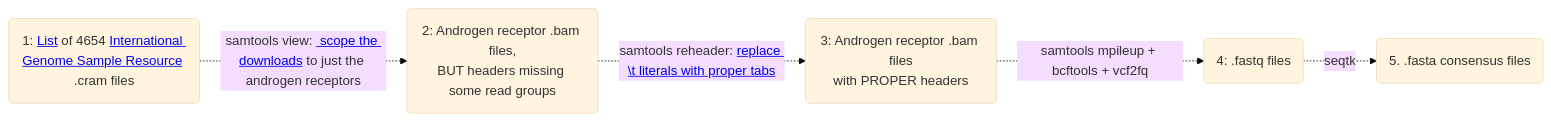
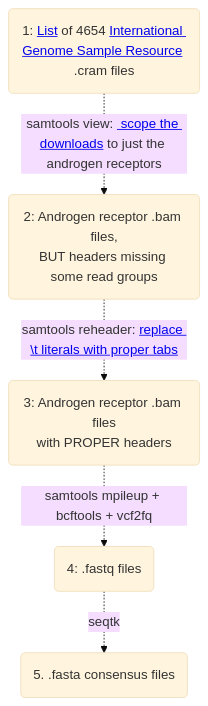
Before and after one commit to engelanna/androgen-receptor-clusters-world-map: the diagram in README.md, drawn with Mermaid (base theme). The commit also changed other lines of this file, not shown here.

````diff
--- a/README.md
+++ b/README.md
@@ -4,11 +11,11 @@
 ```mermaid
-graph LR
+graph TD
     A(1: <a href='https://github.com/engelanna/androgen-receptor-clustering/blob/main/assets/txt/download_bam_files_input_urls.txt'>List</a> of 4654 <a href='https://www.internationalgenome.org/'>International Genome Sample Resource</a> .cram files) -.->|samtools view: <a href='https://github.com/engelanna/androgen-receptor-clustering/blob/main/scripts/_010_download_bam_files.py#L20'> scope the downloads</a> to just the androgen receptors| B
 
     B(2: Androgen receptor .bam files,<br>BUT headers missing some read groups) -.-> | samtools reheader: <a href='https://github.com/engelanna/androgen-receptor-clustering/blob/main/scripts/_015_reheader_bam_files_with_proper_tabs.py#L23'>replace \t literals with proper tabs</a>| C
     
     C(3: Androgen receptor .bam files<br>with PROPER headers) -.->|samtools mpileup + bcftools + vcf2fq|D
     
     D(4: .fastq files) -.->|seqtk| E
     E(5. .fasta consensus files)
 ```
````
